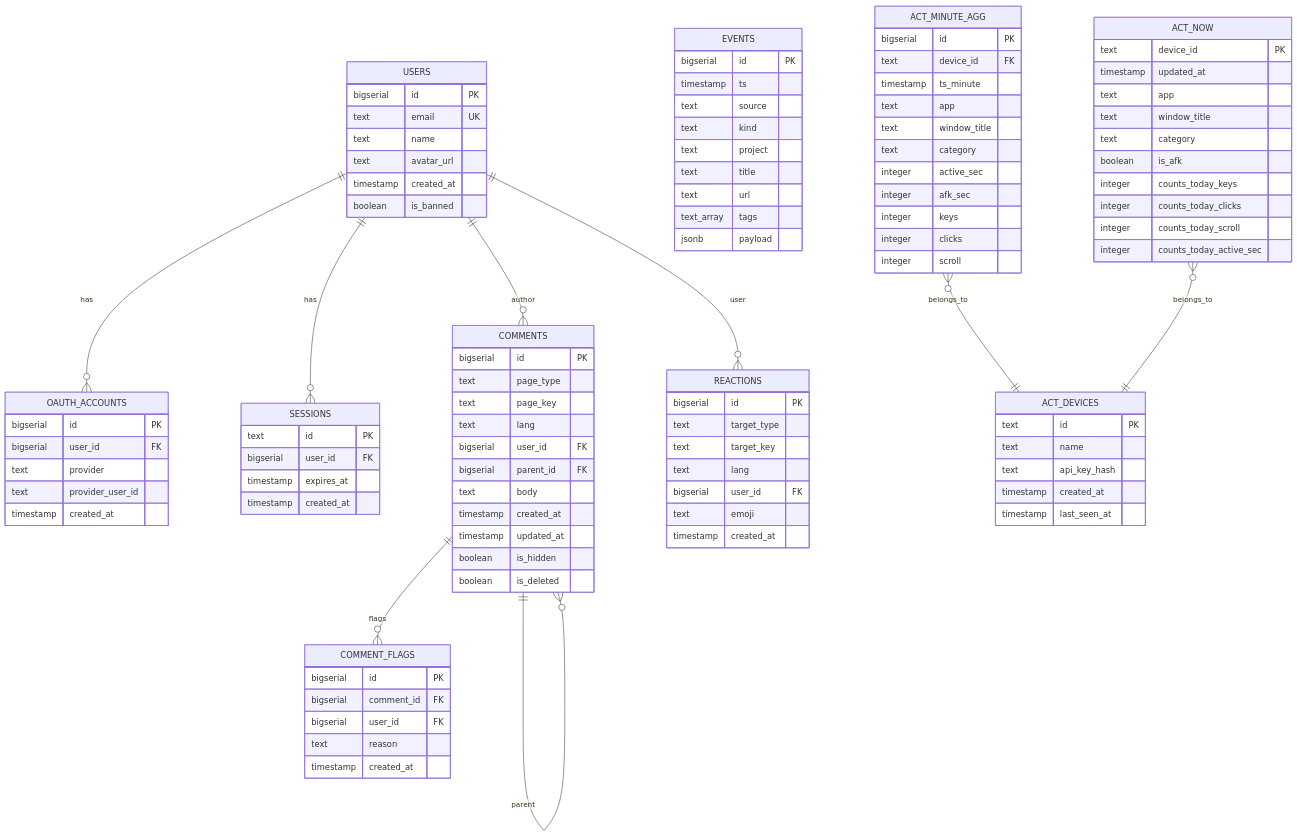
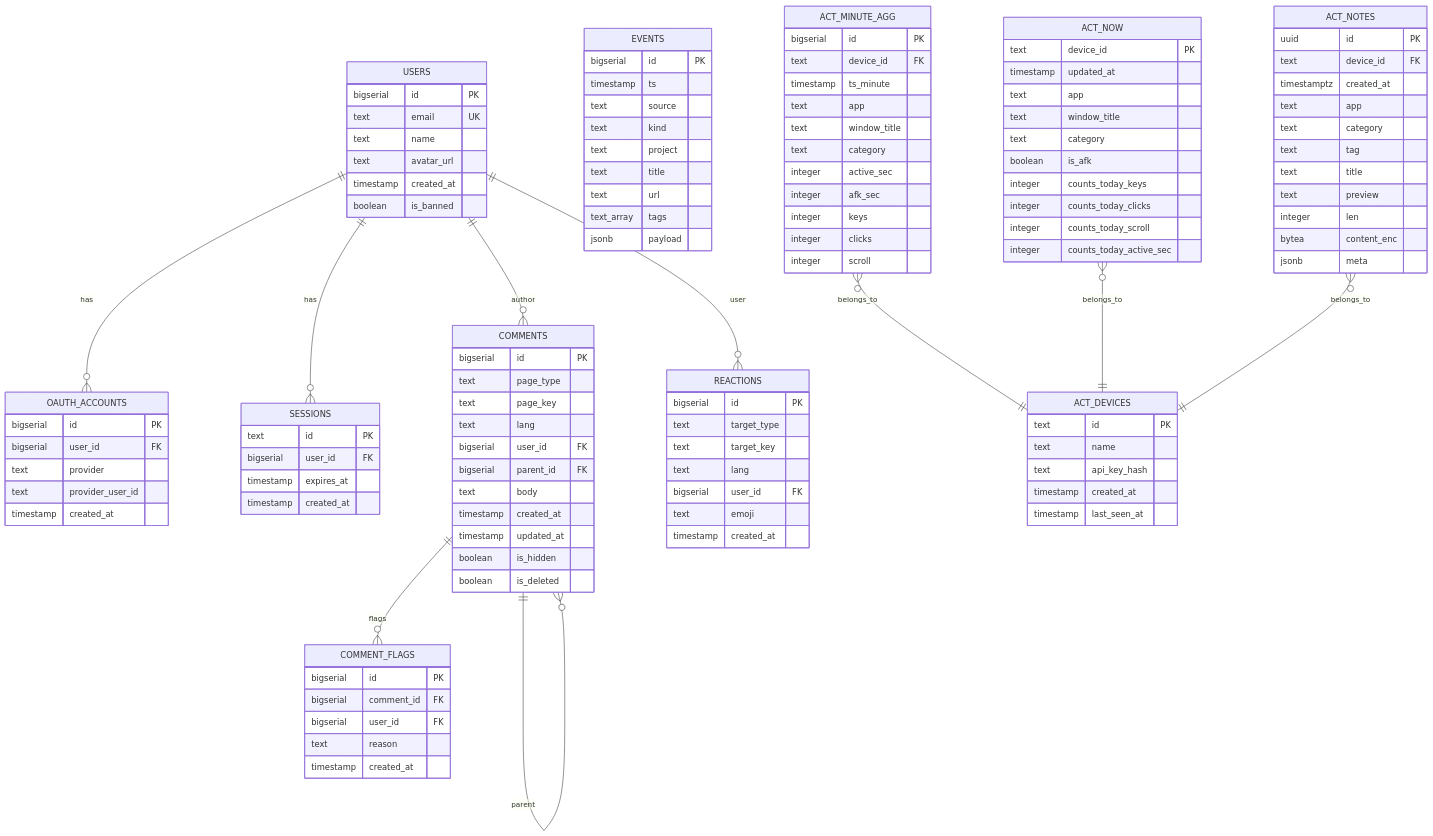
Before and after one commit to WizardJIOCb/rodion.pro: diagram 13 of 17 in .qoder/repowiki/en/content/Build and Deployment.md, drawn with Mermaid. The commit also changed other lines of this file and 20 other files, not shown here.

````diff
--- a/.qoder/repowiki/en/content/Build and Deployment.md
+++ b/.qoder/repowiki/en/content/Build and Deployment.md
@@ -765,6 +865,19 @@
 integer counts_today_scroll
 integer counts_today_active_sec
 }
+ACT_NOTES {
+uuid id PK
+text device_id FK
+timestamptz created_at
+text app
+text category
+text tag
+text title
+text preview
+integer len
+bytea content_enc
+jsonb meta
+}
 USERS ||--o{ OAUTH_ACCOUNTS : "has"
 USERS ||--o{ SESSIONS : "has"
 USERS ||--o{ COMMENTS : "author"
@@ -773,4 +886,5 @@
 COMMENTS ||--o{ COMMENTS : "parent"
 ACT_MINUTE_AGG }o--|| ACT_DEVICES : "belongs_to"
 ACT_NOW }o--|| ACT_DEVICES : "belongs_to"
+ACT_NOTES }o--|| ACT_DEVICES : "belongs_to"
 ```
````
